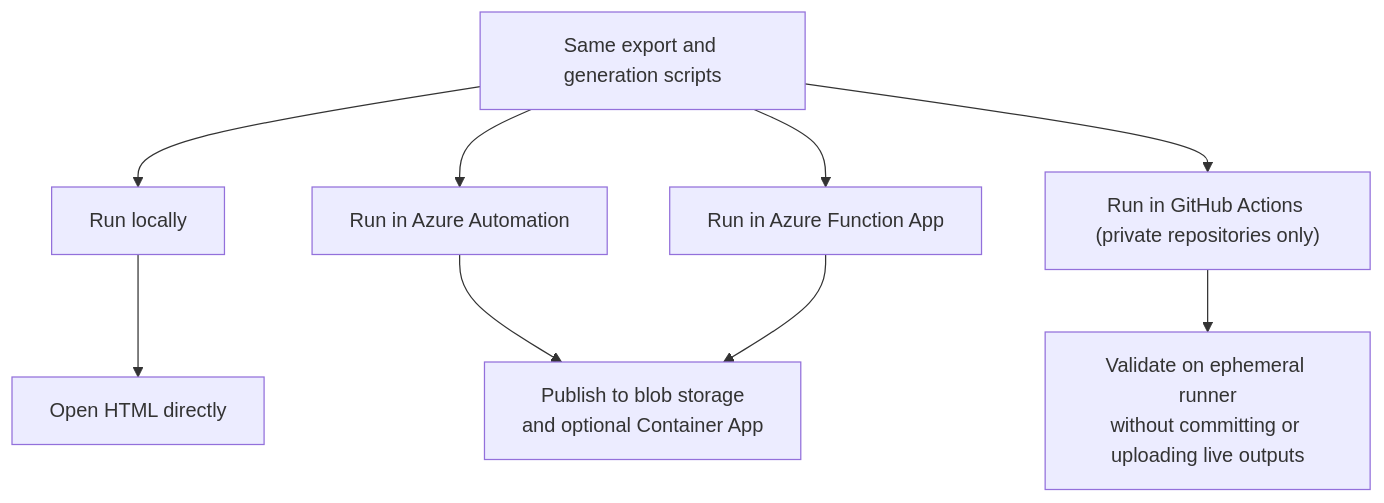
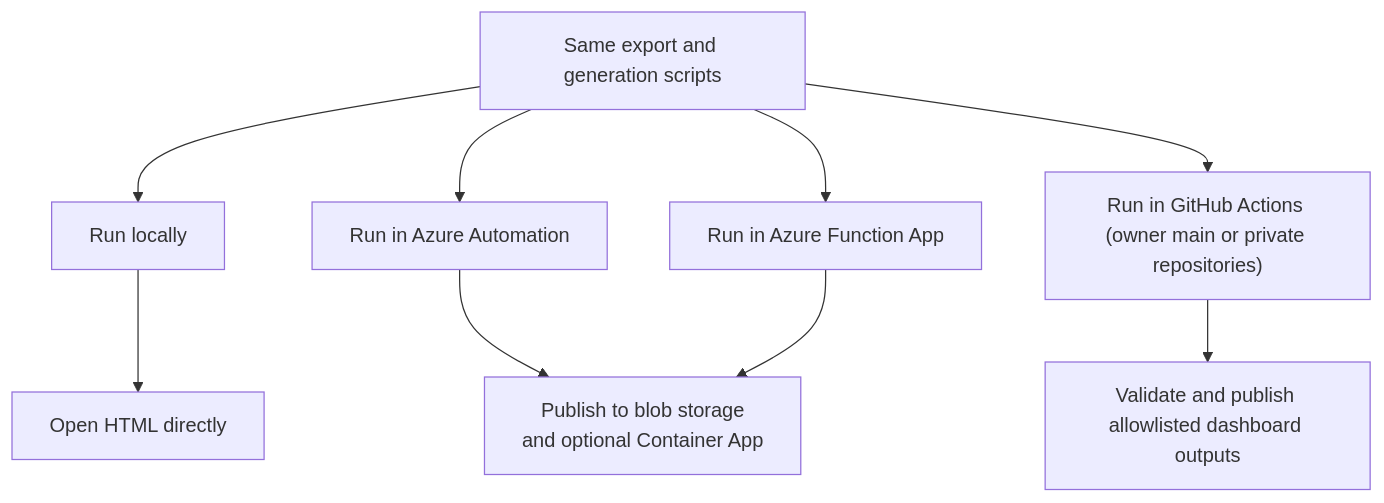
The second of 2 diagrams in README.md (nathanmcnulty/defender-reporting), drawn with Mermaid before and after one commit. The commit also changed other lines of this file and 9 other files, not shown here.

First line of the commit message:
Restore owner lab dashboard publishing while protecting public forks (#98)

````diff
--- a/README.md
+++ b/README.md
@@ -201,11 +201,11 @@
 ```mermaid
 flowchart TD
     A["Same export and generation scripts"] --> B["Run locally"]
     A --> C["Run in Azure Automation"]
-    A --> D["Run in GitHub Actions (private repositories only)"]
+    A --> D["Run in GitHub Actions (owner main or private repositories)"]
     A --> H["Run in Azure Function App"]
     B --> E["Open HTML directly"]
     C --> F["Publish to blob storage\nand optional Container App"]
-    D --> G["Validate on ephemeral runner\nwithout committing or uploading live outputs"]
+    D --> G["Validate and publish allowlisted dashboard outputs"]
     H --> F
 ```
````
